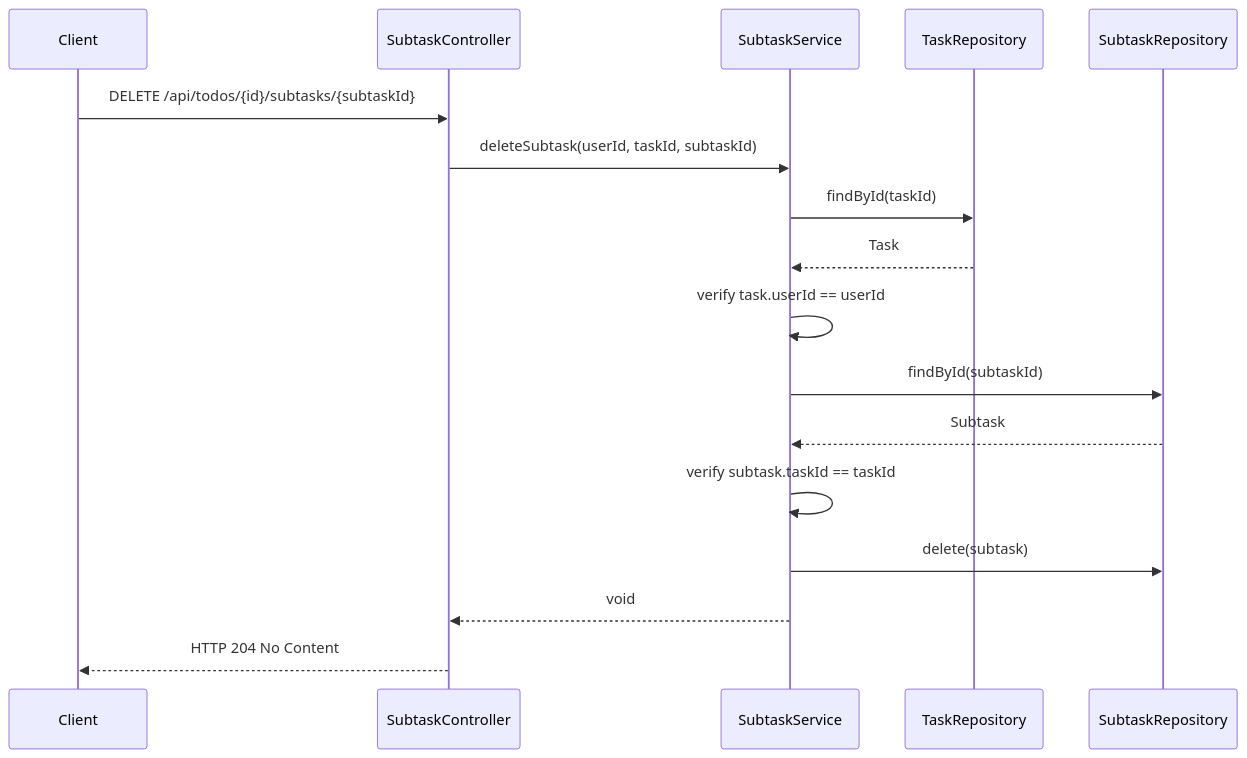
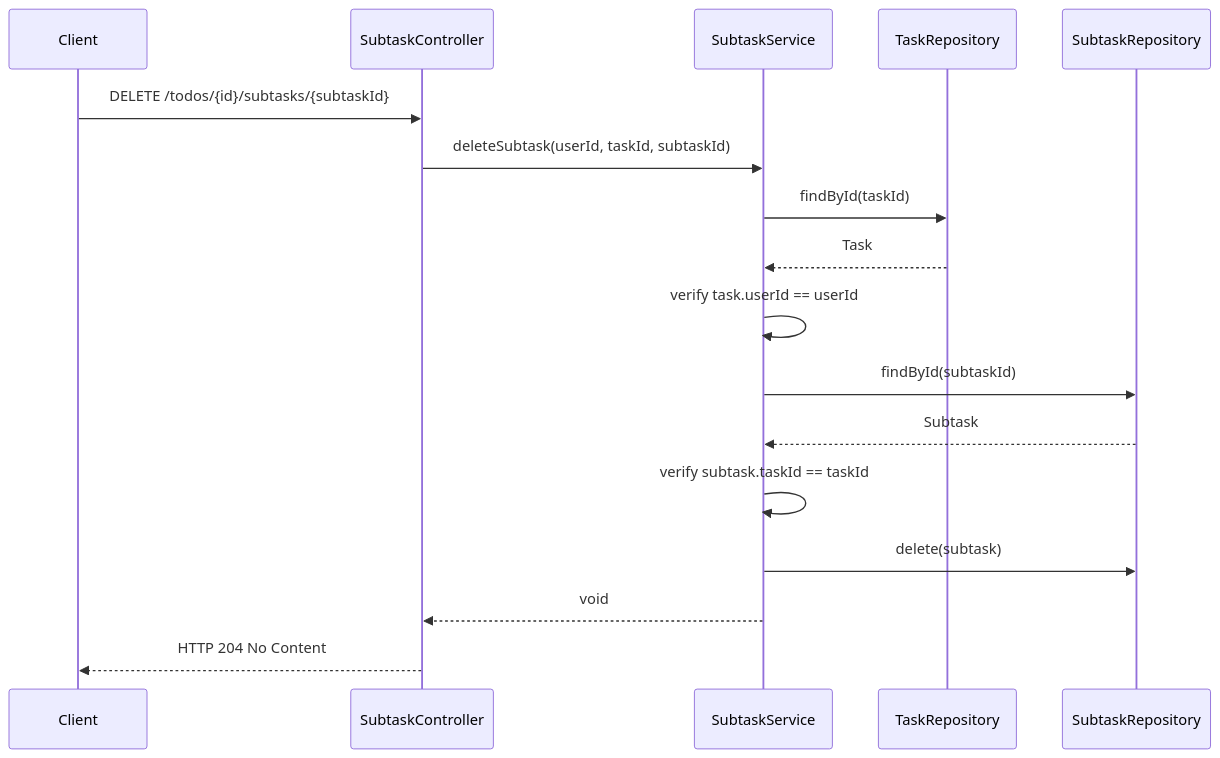
The third of 4 diagrams in .kiro/specs/us04-subtask-organization/design.md (JaehoonSong12/PEP-Team02-TheDJs), drawn with Mermaid before and after one commit. The commit also changed other lines of this file and 42 other files, not shown here.

````diff
--- a/.kiro/specs/us04-subtask-organization/design.md
+++ b/.kiro/specs/us04-subtask-organization/design.md
@@ -232,20 +245,20 @@
 ```mermaid
 sequenceDiagram
     participant C as Client
     participant SC as SubtaskController
     participant SS as SubtaskService
     participant TR as TaskRepository
     participant SR as SubtaskRepository
 
-    C->>SC: DELETE /api/todos/{id}/subtasks/{subtaskId}
+    C->>SC: DELETE /todos/{id}/subtasks/{subtaskId}
     SC->>SS: deleteSubtask(userId, taskId, subtaskId)
     SS->>TR: findById(taskId)
     TR-->>SS: Task
     SS->>SS: verify task.userId == userId
     SS->>SR: findById(subtaskId)
     SR-->>SS: Subtask
     SS->>SS: verify subtask.taskId == taskId
     SS->>SR: delete(subtask)
     SS-->>SC: void
     SC-->>C: HTTP 204 No Content
 ```
````
